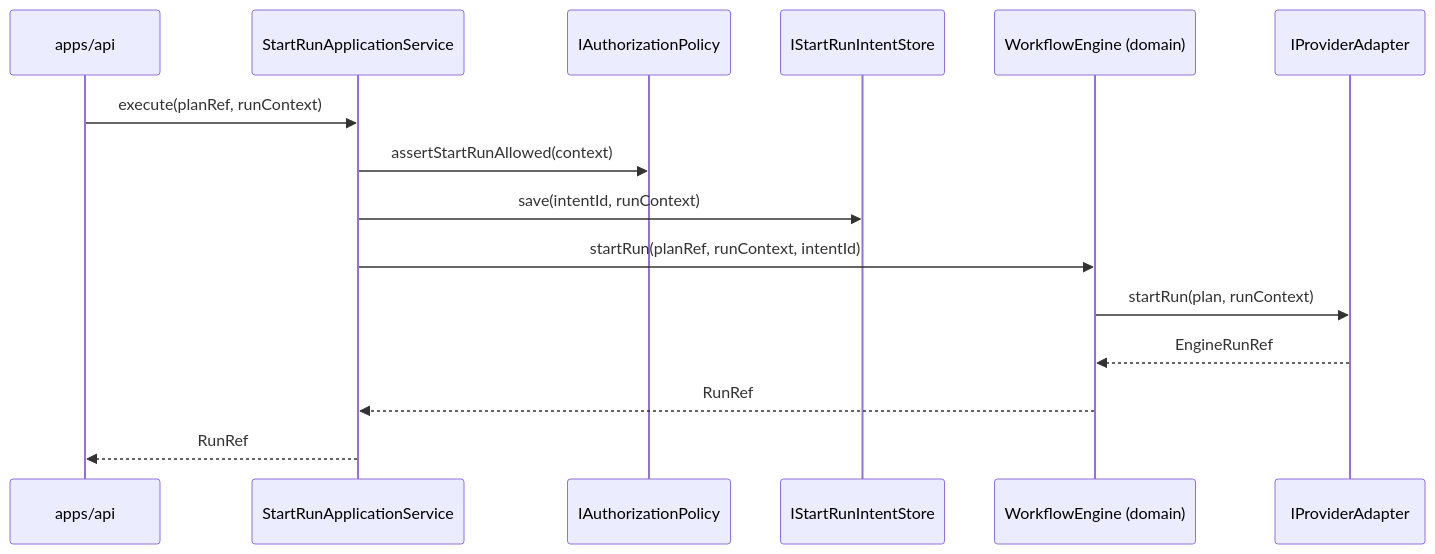
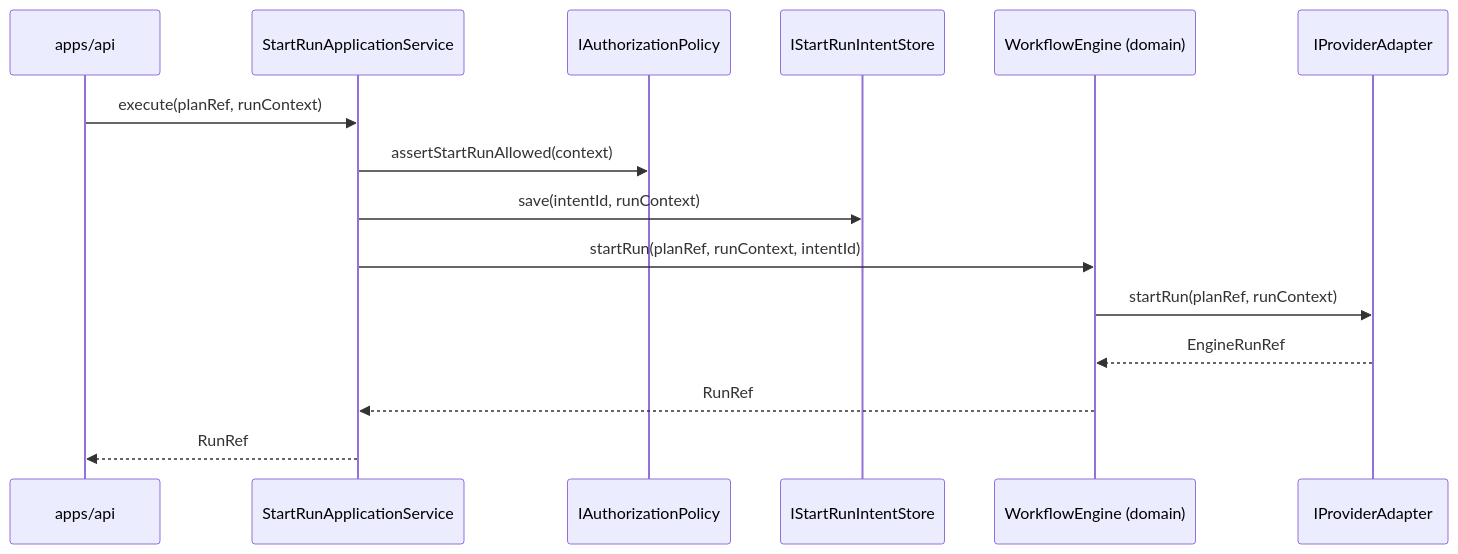
Before and after one commit to dunay2/dvt: the diagram in docs/adr/ADR-0039-hexagonal-port-hardening-and-solid-remediation.md, drawn with Mermaid. The commit also changed 48 other files, not shown here.

Commit message:
fix(contracts): Hard-cut provider startRun to PlanRef

````diff
--- a/docs/adr/ADR-0039-hexagonal-port-hardening-and-solid-remediation.md
+++ b/docs/adr/ADR-0039-hexagonal-port-hardening-and-solid-remediation.md
@@ -109,18 +109,18 @@
 ```mermaid
 sequenceDiagram
     participant API as apps/api
     participant SRAS as StartRunApplicationService
     participant Policy as IAuthorizationPolicy
     participant Intent as IStartRunIntentStore
     participant Engine as WorkflowEngine (domain)
     participant Provider as IProviderAdapter
 
     API->>SRAS: execute(planRef, runContext)
     SRAS->>Policy: assertStartRunAllowed(context)
     SRAS->>Intent: save(intentId, runContext)
     SRAS->>Engine: startRun(planRef, runContext, intentId)
-    Engine->>Provider: startRun(plan, runContext)
+    Engine->>Provider: startRun(planRef, runContext)
     Provider-->>Engine: EngineRunRef
     Engine-->>SRAS: RunRef
     SRAS-->>API: RunRef
 ```
````
